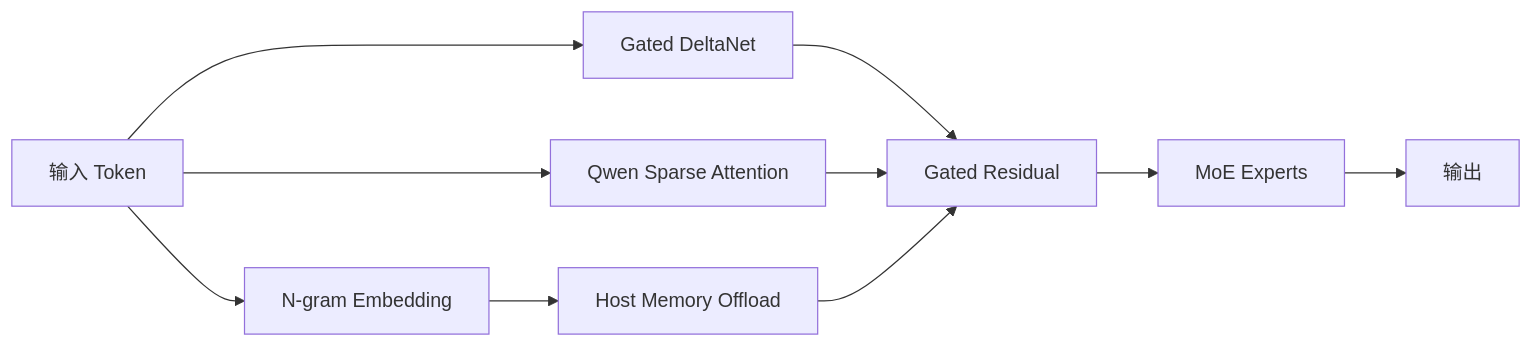
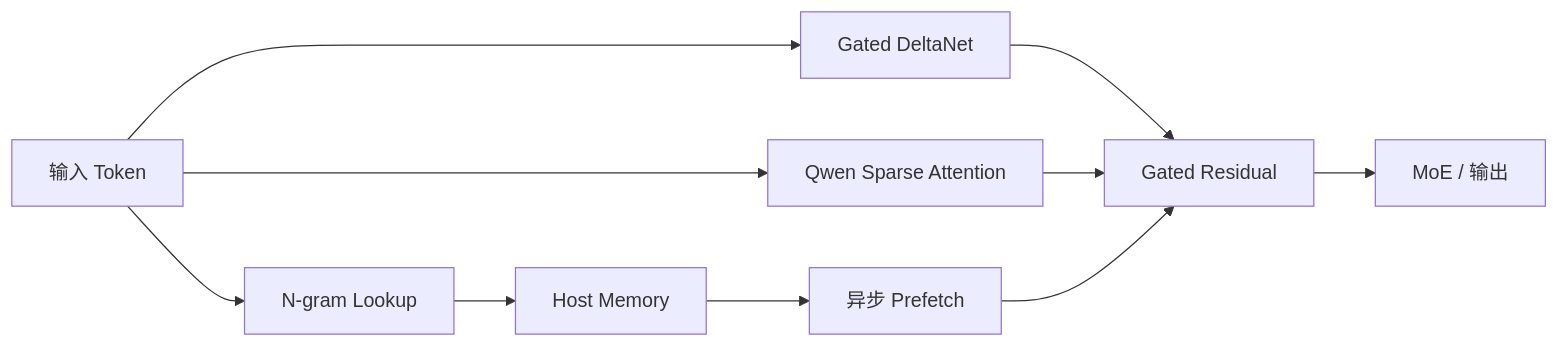
One commit to wlf186/ai-daily-headlines changed the third of 22 diagrams in 260827.md. Above: the diagram before and after it, drawn with Mermaid. The commit also changed other lines of this file, not shown here.

````diff
--- a/260827.md
+++ b/260827.md
@@ -53,12 +121,12 @@
 ```mermaid
 flowchart LR
     Q1[输入 Token] --> Q2[Gated DeltaNet]
     Q1 --> Q3[Qwen Sparse Attention]
-    Q1 --> Q4[N-gram Embedding]
-    Q4 --> Q5[Host Memory Offload]
-    Q2 --> Q6[Gated Residual]
-    Q3 --> Q6
-    Q5 --> Q6
-    Q6 --> Q7[MoE Experts]
-    Q7 --> Q8[输出]
+    Q1 --> Q4[N-gram Lookup]
+    Q4 --> Q5[Host Memory]
+    Q5 --> Q6[异步 Prefetch]
+    Q2 --> Q7[Gated Residual]
+    Q3 --> Q7
+    Q6 --> Q7
+    Q7 --> Q8[MoE / 输出]
 ```
````
